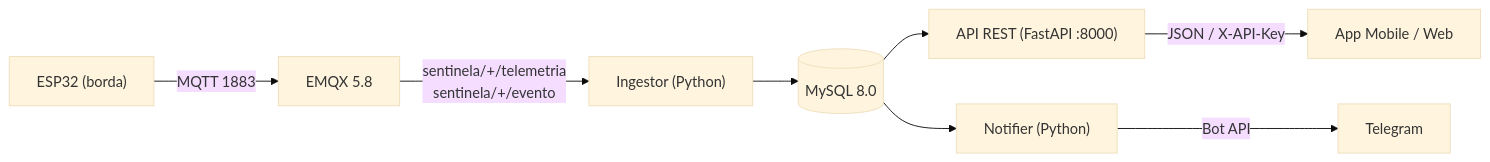
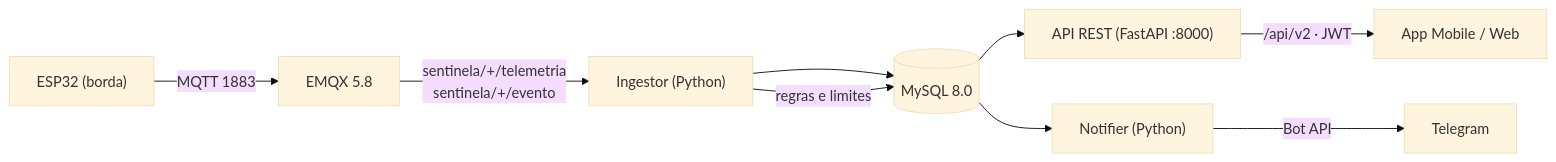
Before and after one commit to MikezinZ/SentinelaCPD: the third of 3 diagrams in README.md, drawn with Mermaid (base theme). The commit also changed other lines of this file and 1 other file, not shown here.

Commit message:
docs: documenta API v2, alertas e nova estrutura do repositório

````diff
--- a/README.md
+++ b/README.md
@@ -480,10 +480,11 @@
 ```mermaid
 flowchart LR
     ESP["ESP32 (borda)"] -->|"MQTT 1883"| EMQX["EMQX 5.8"]
     EMQX -->|"sentinela/+/telemetria<br/>sentinela/+/evento"| ING["Ingestor (Python)"]
     ING --> DB[("MySQL 8.0")]
     DB --> API["API REST (FastAPI :8000)"]
     DB --> NOT["Notifier (Python)"]
-    API -->|"JSON / X-API-Key"| APP["App Mobile / Web"]
+    ING -->|"regras e limites"| DB
+    API -->|"/api/v2 · JWT"| APP["App Mobile / Web"]
     NOT -->|"Bot API"| TG["Telegram"]
 ```
````
